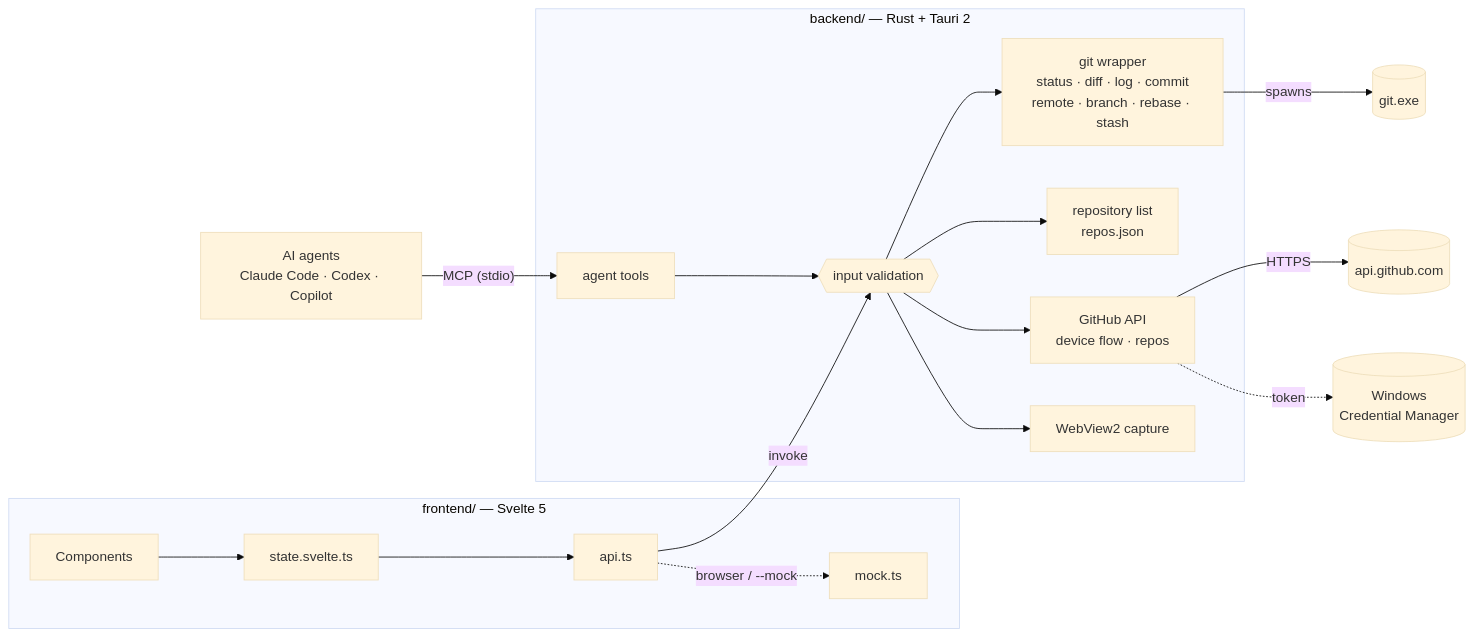
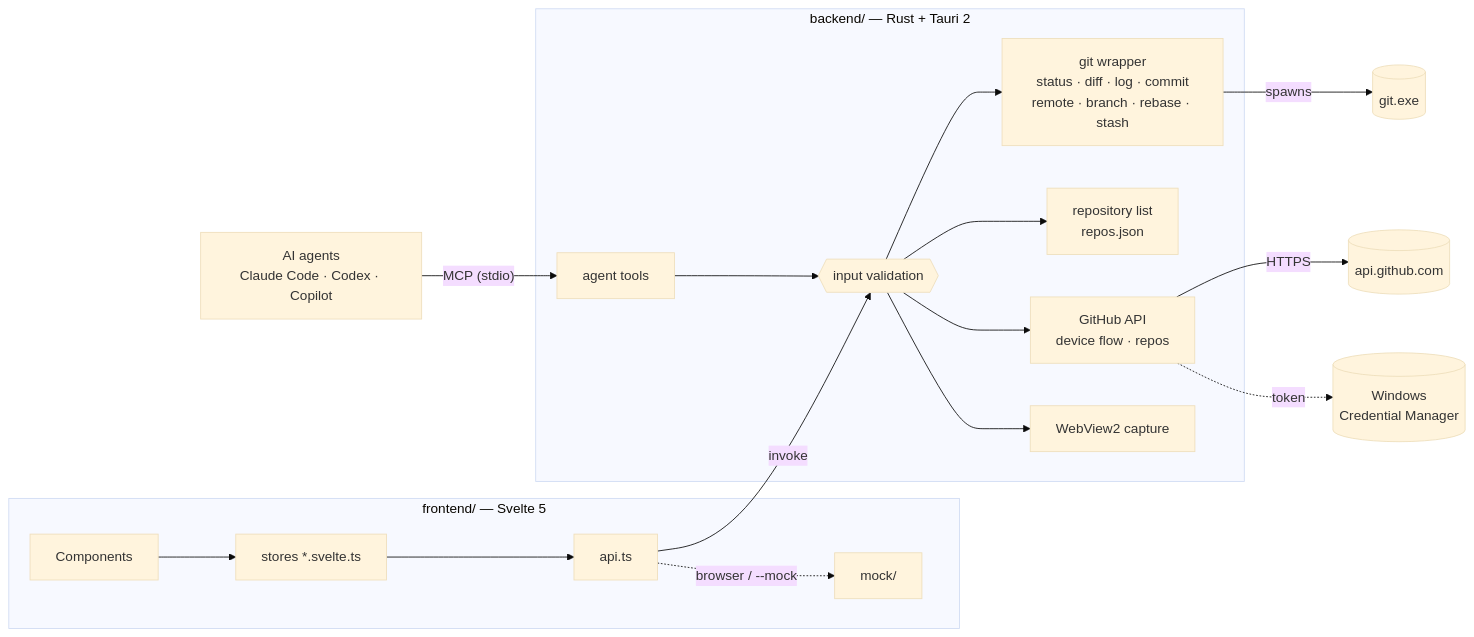
One commit to valneko-twoon2/Leveret changed the diagram in README.md. Above: the diagram before and after it, drawn with Mermaid (base theme). The commit also changed other lines of this file and 2 other files, not shown here.

````diff
--- a/README.md
+++ b/README.md
@@ -121,20 +121,20 @@
 ```mermaid
 flowchart LR
     subgraph UI["frontend/ — Svelte 5"]
-        C[Components] --> S[state.svelte.ts]
+        C[Components] --> S[stores *.svelte.ts]
         S --> A[api.ts]
-        A -. browser / --mock .-> M[mock.ts]
+        A -. browser / --mock .-> M[mock/]
     end
     subgraph Core["backend/ — Rust + Tauri 2"]
         V{{input validation}} --> G[git wrapper<br>status · diff · log · commit<br>remote · branch · rebase · stash]
         V --> R[repository list<br>repos.json]
         V --> H[GitHub API<br>device flow · repos]
         V --> P[WebView2 capture]
         T[agent tools] --> V
     end
     A -- invoke --> V
     AG[AI agents<br>Claude Code · Codex · Copilot] -- "MCP (stdio)" --> T
     G -- spawns --> X[(git.exe)]
     H -- HTTPS --> GH[(api.github.com)]
     H -. token .-> K[(Windows<br>Credential Manager)]
 ```
````
